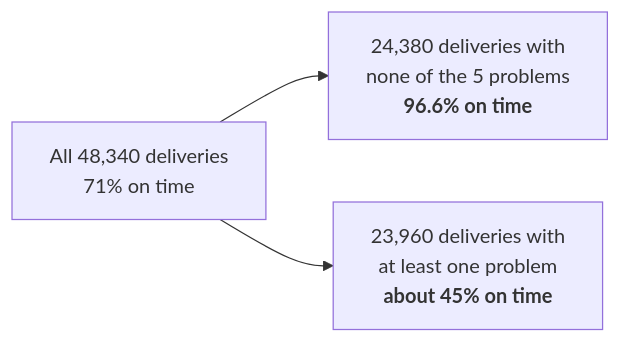
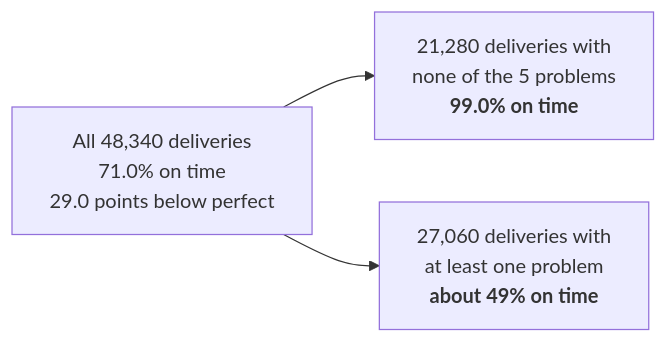
The second of 8 diagrams in docs/03-what-the-data-says.md (saimuthiki/halcyon-deliverylens), drawn with Mermaid before and after one commit. The commit also changed other lines of this file and 5 other files, not shown here.

````diff
--- a/docs/03-what-the-data-says.md
+++ b/docs/03-what-the-data-says.md
@@ -27,5 +31,5 @@
 ```mermaid
 flowchart LR
-  ALL["All 48,340 deliveries<br/>71% on time"] --> NO["24,380 deliveries with<br/>none of the 5 problems<br/><b>96.6% on time</b>"]
-  ALL --> YES["23,960 deliveries with<br/>at least one problem<br/><b>about 45% on time</b>"]
+  ALL["All 48,340 deliveries<br/>71.0% on time<br/>29.0 points below perfect"] --> NO["21,280 deliveries with<br/>none of the 5 problems<br/><b>99.0% on time</b>"]
+  ALL --> YES["27,060 deliveries with<br/>at least one problem<br/><b>about 49% on time</b>"]
 ```
````
